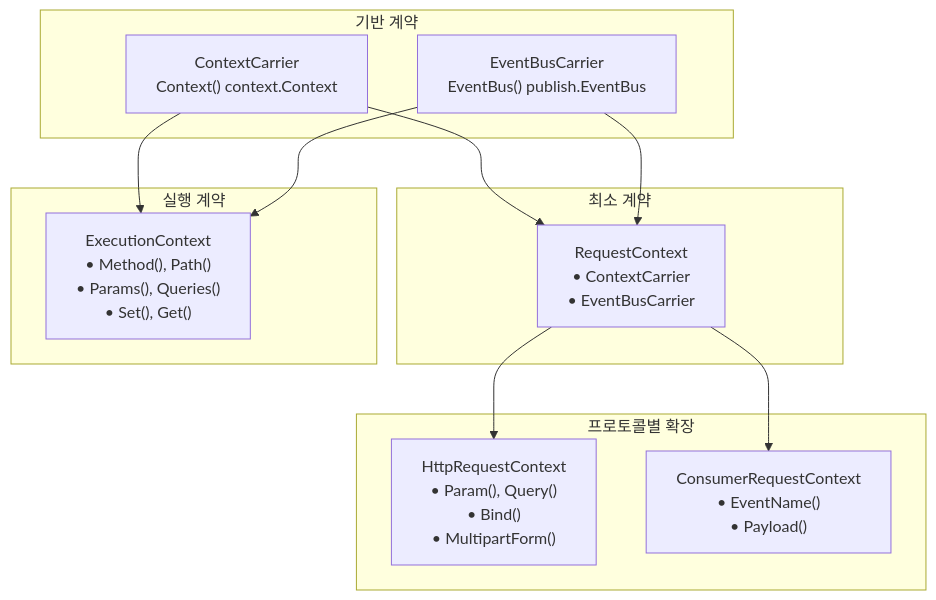
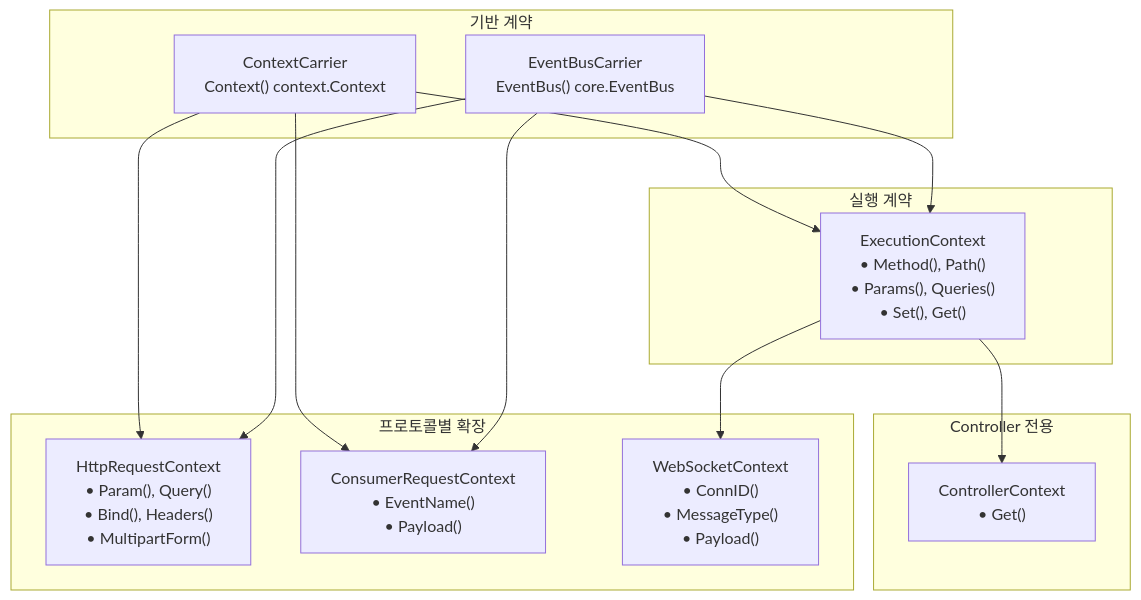
Before and after one commit to NARUBROWN/spine-site: the second of 2 diagrams in docs/ko/learn/core-concepts/execution-context.md, drawn with Mermaid. The commit also changed other lines of this file and 22 other files, not shown here.

Commit message:
docs: Document WebSocket support, `WebSocketContext`, and `ControllerContext`, and update `ExecutionContext` methods and protocol differences.

````diff
--- a/docs/ko/learn/core-concepts/execution-context.md
+++ b/docs/ko/learn/core-concepts/execution-context.md
@@ -39,27 +39,30 @@
 ```mermaid
 graph TB
     subgraph "기반 계약"
         ContextCarrier["ContextCarrier<br>Context() context.Context"]
-        EventBusCarrier["EventBusCarrier<br>EventBus() publish.EventBus"]
-    end
-    
-    subgraph "최소 계약"
-        RequestContext["RequestContext<br>• ContextCarrier<br>• EventBusCarrier"]
+        EventBusCarrier["EventBusCarrier<br>EventBus() core.EventBus"]
     end
     
     subgraph "실행 계약"
         ExecutionContext["ExecutionContext<br>• Method(), Path()<br>• Params(), Queries()<br>• Set(), Get()"]
     end
     
-    subgraph "프로토콜별 확장"
-        HttpRequestContext["HttpRequestContext<br>• Param(), Query()<br>• Bind()<br>• MultipartForm()"]
-        ConsumerRequestContext["ConsumerRequestContext<br>• EventName()<br>• Payload()"]
+    subgraph "Controller 전용"
+        ControllerContext["ControllerContext<br>• Get()"]
     end
     
-    ContextCarrier --> RequestContext
-    EventBusCarrier --> RequestContext
-    RequestContext --> HttpRequestContext
-    RequestContext --> ConsumerRequestContext
+    subgraph "프로토콜별 확장"
+        HttpRequestContext["HttpRequestContext<br>• Param(), Query()<br>• Bind(), Headers()<br>• MultipartForm()"]
+        ConsumerRequestContext["ConsumerRequestContext<br>• EventName()<br>• Payload()"]
+        WebSocketContext["WebSocketContext<br>• ConnID()<br>• MessageType()<br>• Payload()"]
+    end
+    
     ContextCarrier --> ExecutionContext
     EventBusCarrier --> ExecutionContext
+    ExecutionContext --> ControllerContext
+    ContextCarrier --> HttpRequestContext
+    EventBusCarrier --> HttpRequestContext
+    ExecutionContext --> WebSocketContext
+    ContextCarrier --> ConsumerRequestContext
+    EventBusCarrier --> ConsumerRequestContext
 ```
````
